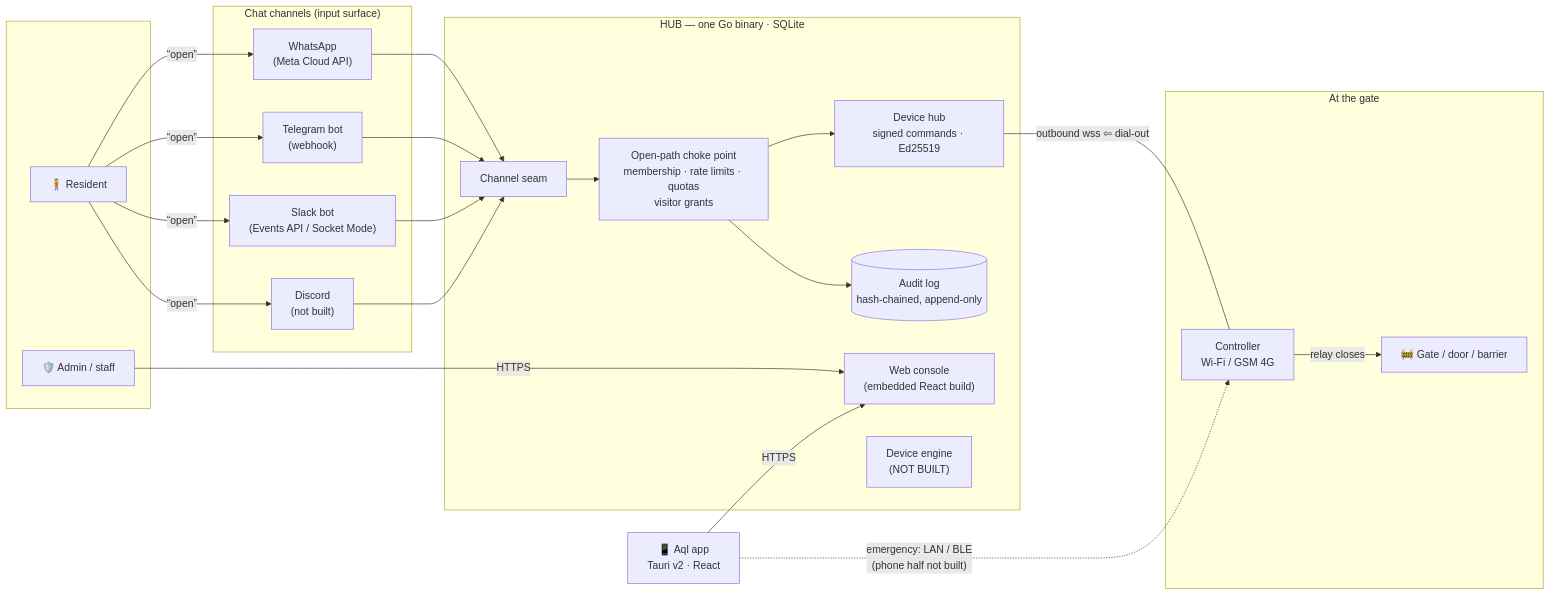
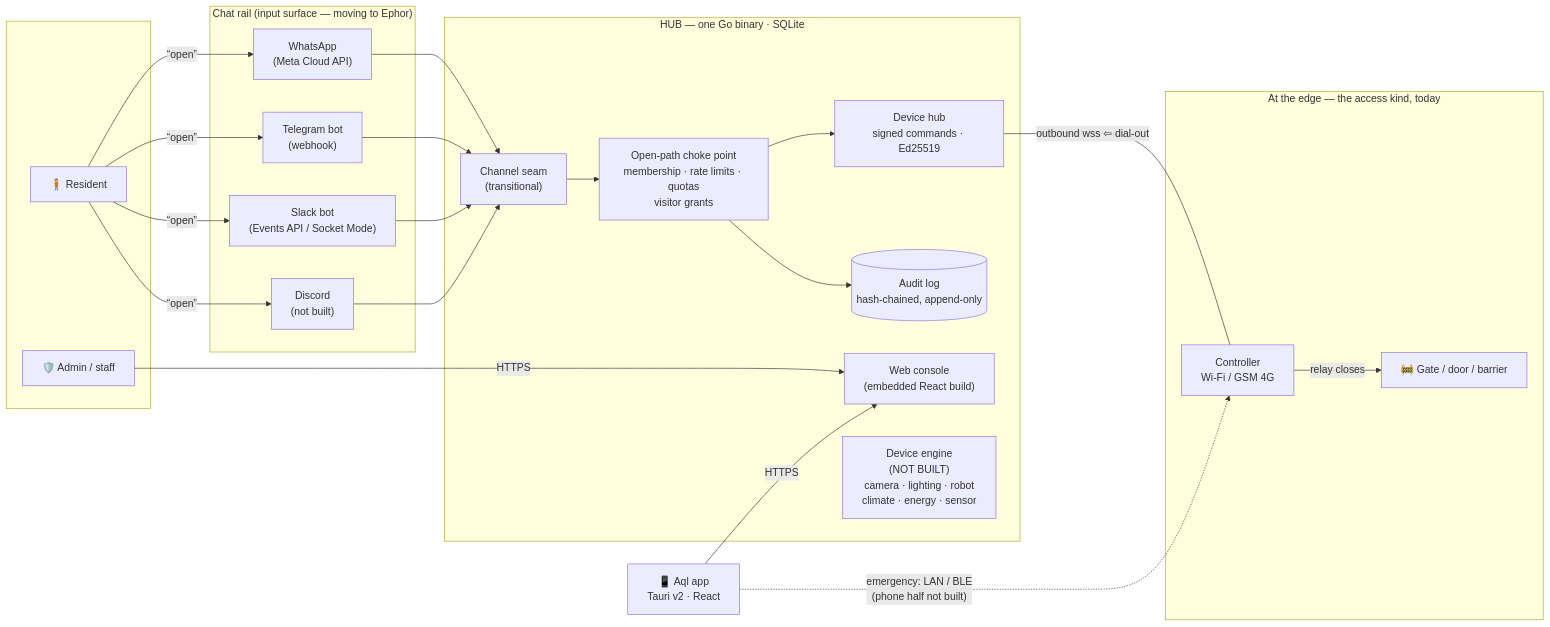
One commit to vul-os/aql changed the first of 2 diagrams in ARCHITECTURE.md. Above: the diagram before and after it, drawn with Mermaid. The commit also changed other lines of this file and 41 other files, not shown here.

First line of the commit message:
Aql is the product again: console IA, docs and roadmap

````diff
--- a/ARCHITECTURE.md
+++ b/ARCHITECTURE.md
@@ -37,41 +49,41 @@
 ```mermaid
 flowchart LR
     subgraph people [" "]
         R["🧍 Resident"]
         A["🛡️ Admin / staff"]
     end
 
-    subgraph channels ["Chat channels (input surface)"]
+    subgraph channels ["Chat rail (input surface — moving to Ephor)"]
         WA["WhatsApp<br/>(Meta Cloud API)"]
         TG["Telegram bot<br/>(webhook)"]
         SL["Slack bot<br/>(Events API / Socket Mode)"]
         DC["Discord<br/>(not built)"]
     end
 
     subgraph gw ["HUB — one Go binary · SQLite"]
-        CH["Channel seam"]
+        CH["Channel seam<br/>(transitional)"]
         RE["Open-path choke point<br/>membership · rate limits · quotas<br/>visitor grants"]
         PORTAL["Web console<br/>(embedded React build)"]
         HUB["Device hub<br/>signed commands · Ed25519"]
         AUD[("Audit log<br/>hash-chained, append-only")]
-        DEV["Device engine<br/>(NOT BUILT)"]
+        DEV["Device engine<br/>(NOT BUILT)<br/>camera · lighting · robot<br/>climate · energy · sensor"]
     end
 
-    subgraph site ["At the gate"]
+    subgraph site ["At the edge — the access kind, today"]
         C["Controller<br/>Wi-Fi / GSM 4G"]
         G["🚧 Gate / door / barrier"]
     end
 
     APP["📱 Aql app<br/>Tauri v2 · React"]
 
     R -- "“open”" --> WA & TG & SL & DC
     WA & TG & SL & DC --> CH
     CH --> RE
     A -- HTTPS --> PORTAL
     APP -- HTTPS --> PORTAL
     RE --> HUB
     RE --> AUD
     HUB -- "outbound wss ⇦ dial-out" --- C
     C -- relay closes --> G
     APP -. "emergency: LAN / BLE<br/>(phone half not built)" .-> C
 ```
````
